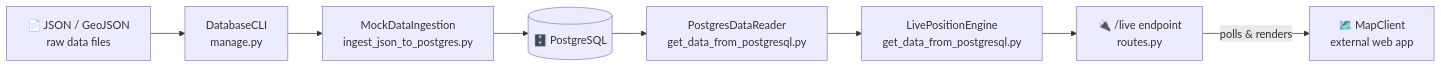
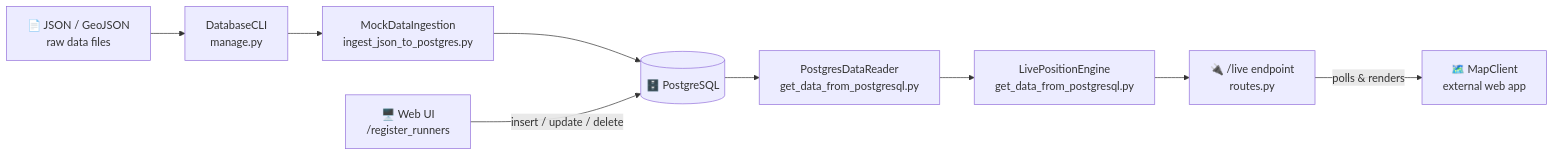
One commit to corinat/flask-on-docker changed the diagram in README.md. Above: the diagram before and after it, drawn with Mermaid.

Commit message:
improved diagram for achitecture again 2

````diff
--- a/README.md
+++ b/README.md
@@ -35,19 +35,21 @@
 ```mermaid
 flowchart LR
     JSON["📄 JSON / GeoJSON\nraw data files"]
     CLI["DatabaseCLI\nmanage.py"]
     Ingest["MockDataIngestion\ningest_json_to_postgres.py"]
     PG[("🗄️ PostgreSQL")]
+    UI["🖥️ Web UI\n/register_runners"]
     Reader["PostgresDataReader\nget_data_from_postgresql.py"]
     Engine["LivePositionEngine\nget_data_from_postgresql.py"]
     API["🔌 /live endpoint\nroutes.py"]
     Map["🗺️ MapClient\nexternal web app"]
 
     JSON --> CLI
     CLI --> Ingest
     Ingest --> PG
+    UI -->|insert / update / delete| PG
     PG --> Reader
     Reader --> Engine
     Engine --> API
     API -->|polls & renders| Map
 ```
````
